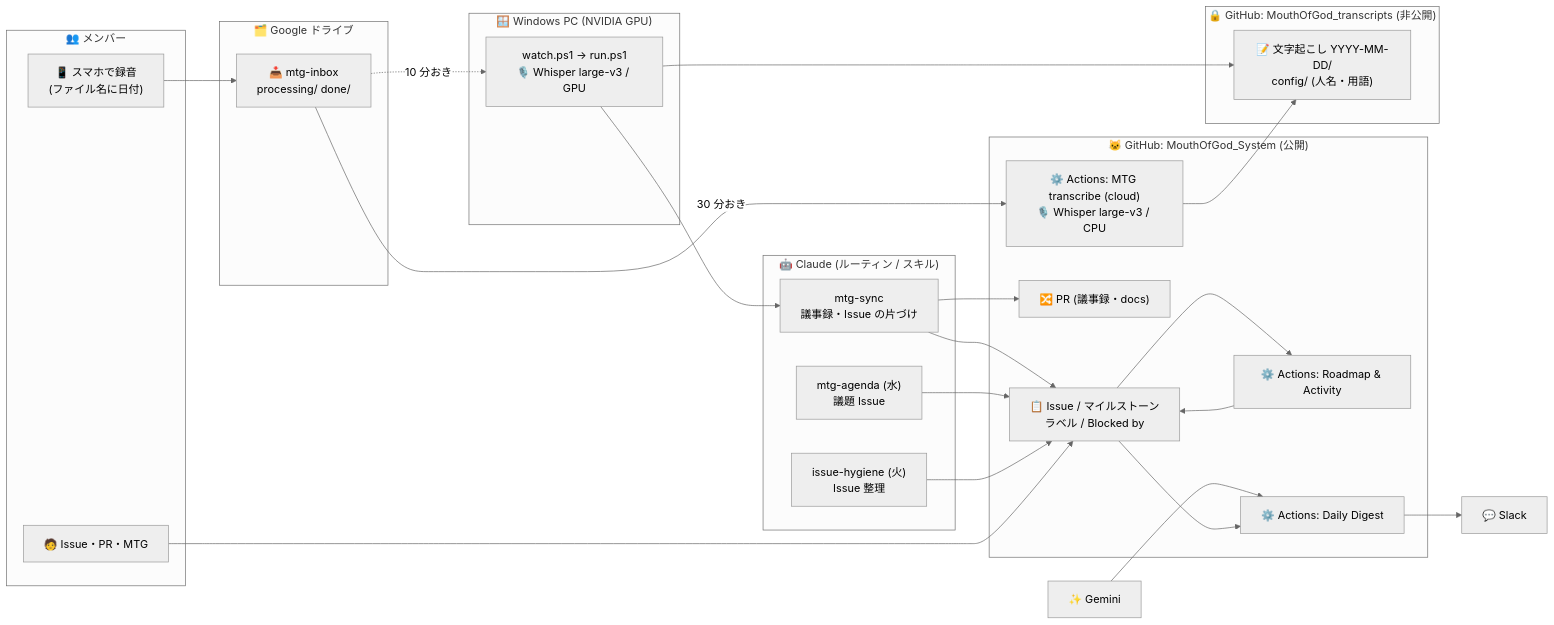
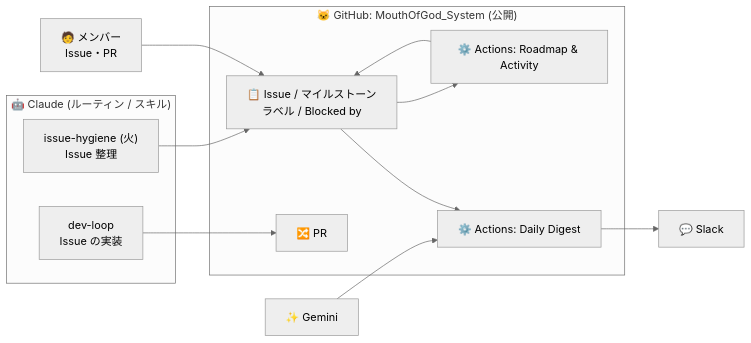
One commit to Fialuxe/MouthOfGod_System changed the diagram in docs/system-overview.md. Above: the diagram before and after it, drawn with Mermaid (neutral theme). The commit also changed other lines of this file and 43 other files, not shown here.

````diff
--- a/docs/system-overview.md
+++ b/docs/system-overview.md
@@ -23,51 +17,26 @@
 ```mermaid
 flowchart LR
-  subgraph member["👥 メンバー"]
-    phone["📱 スマホで録音<br/>(ファイル名に日付)"]
-    human["🧑 Issue・PR・MTG"]
-  end
-
-  subgraph gd["🗂️ Google ドライブ"]
-    inbox["📥 mtg-inbox<br/>processing/ done/"]
-  end
+  human["🧑 メンバー<br/>Issue・PR"]
 
   subgraph pub["🐱 GitHub: MouthOfGod_System (公開)"]
     issues["📋 Issue / マイルストーン<br/>ラベル / Blocked by"]
-    prs["🔀 PR (議事録・docs)"]
-    cloud["⚙️ Actions: MTG transcribe (cloud)<br/>🎙️ Whisper large-v3 / CPU"]
+    prs["🔀 PR"]
     road["⚙️ Actions: Roadmap & Activity"]
     digest["⚙️ Actions: Daily Digest"]
   end
 
-  subgraph priv["🔒 GitHub: MouthOfGod_transcripts (非公開)"]
-    tx["📝 文字起こし YYYY-MM-DD/<br/>config/ (人名・用語)"]
-  end
-
-  subgraph pc["🪟 Windows PC (NVIDIA GPU)"]
-    watch["watch.ps1 → run.ps1<br/>🎙️ Whisper large-v3 / GPU"]
-  end
-
   subgraph ai["🤖 Claude (ルーティン / スキル)"]
-    sync["mtg-sync<br/>議事録・Issue の片づけ"]
-    agenda["mtg-agenda (水)<br/>議題 Issue"]
     hyg["issue-hygiene (火)<br/>Issue 整理"]
+    dev["dev-loop<br/>Issue の実装"]
   end
 
   gem["✨ Gemini"] --> digest
   digest --> slack["💬 Slack"]
 
-  phone --> inbox
-  inbox -- "30 分おき" --> cloud
-  inbox -. "10 分おき" .-> watch
-  cloud --> tx
-  watch --> tx
-  watch --> sync
-  sync --> issues
-  sync --> prs
-  agenda --> issues
   hyg --> issues
+  dev --> prs
   human --> issues
   issues --> road
   issues --> digest
   road --> issues
 ```
````
